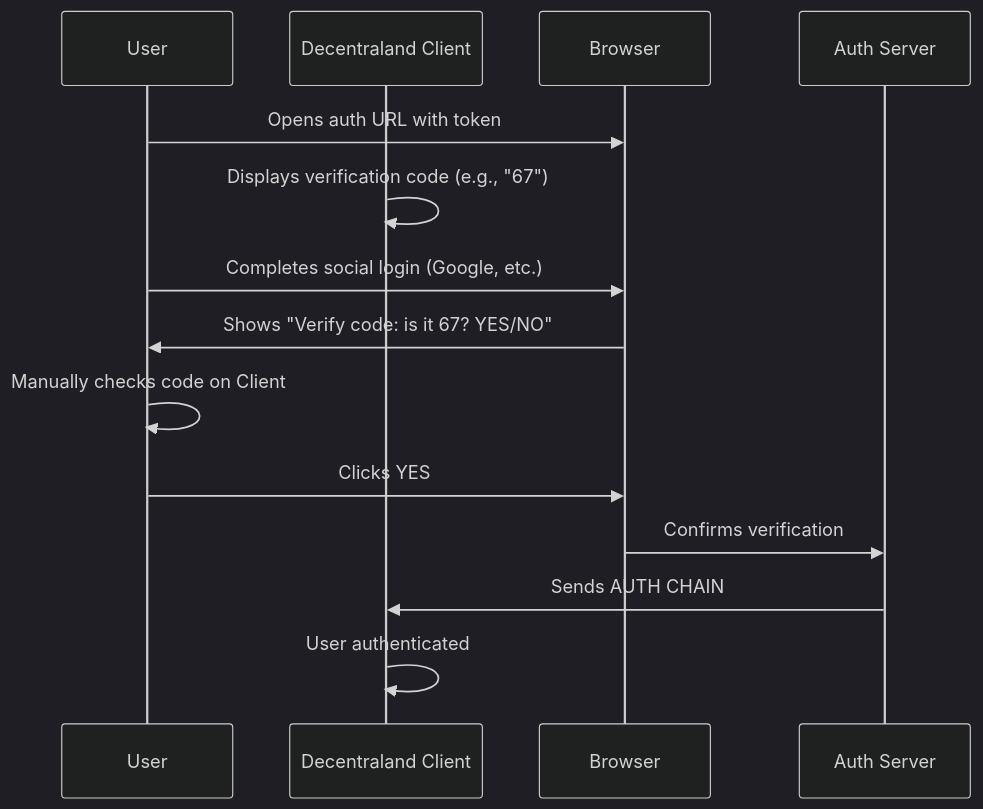
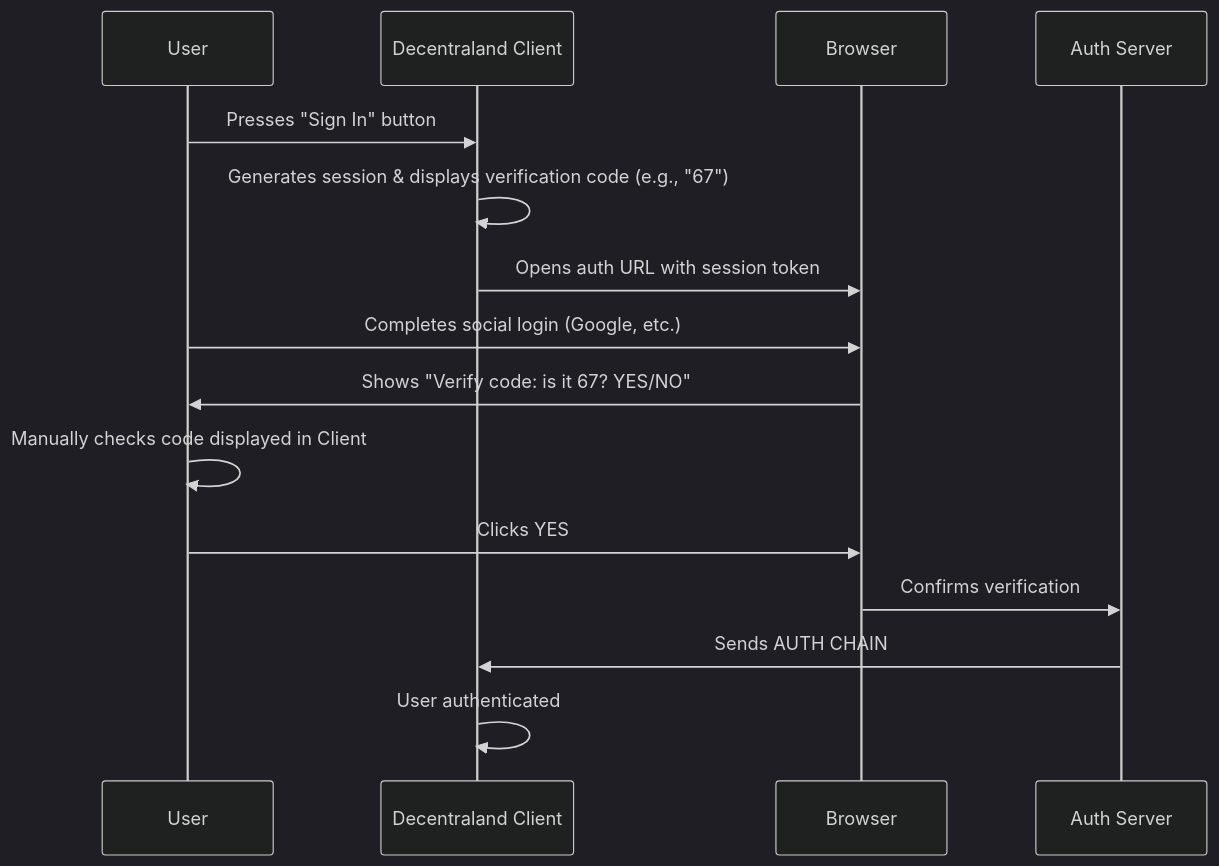
One commit to decentraland/adr changed the first of 2 diagrams in content/ADR-288-deep-link-token-authentication.md. Above: the diagram before and after it, drawn with Mermaid (dark theme). The commit also changed other lines of this file, not shown here.

````diff
--- a/content/ADR-288-deep-link-token-authentication.md
+++ b/content/ADR-288-deep-link-token-authentication.md
@@ -30,17 +32,18 @@
 ```mermaid
 sequenceDiagram
     participant User
     participant Client as Decentraland Client
     participant Browser
     participant Server as Auth Server
 
-    User->>Browser: Opens auth URL with token
-    Client->>Client: Displays verification code (e.g., "67")
+    User->>Client: Presses "Sign In" button
+    Client->>Client: Generates session & displays verification code (e.g., "67")
+    Client->>Browser: Opens auth URL with session token
     User->>Browser: Completes social login (Google, etc.)
     Browser->>User: Shows "Verify code: is it 67? YES/NO"
-    User->>User: Manually checks code on Client
+    User->>User: Manually checks code displayed in Client
     User->>Browser: Clicks YES
     Browser->>Server: Confirms verification
     Server->>Client: Sends AUTH CHAIN
     Client->>Client: User authenticated
 ```
````
